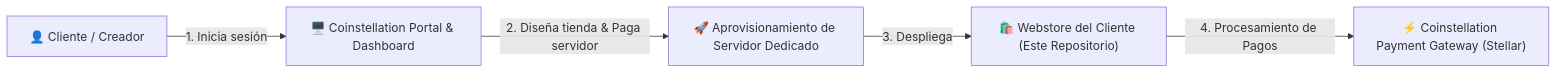
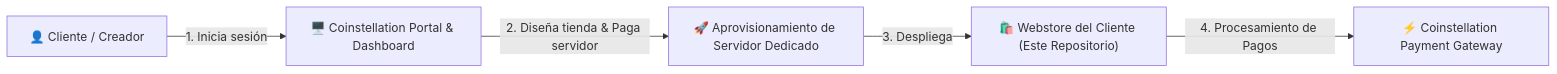
One commit to JaimeH-Q/coinstellation-webstore-example changed the first of 2 diagrams in README.md. Above: the diagram before and after it, drawn with Mermaid. The commit also changed other lines of this file and 3 other files, not shown here.

````diff
--- a/README.md
+++ b/README.md
@@ -29,7 +28,7 @@
 ```mermaid
 flowchart LR
     A["👤 Cliente / Creador"] -->|"1. Inicia sesión"| B["🖥️ Coinstellation Portal & Dashboard"]
     B -->|"2. Diseña tienda & Paga servidor"| C["🚀 Aprovisionamiento de Servidor Dedicado"]
     C -->|"3. Despliega"| D["🛍️ Webstore del Cliente (Este Repositorio)"]
-    D -->|"4. Procesamiento de Pagos"| E["⚡ Coinstellation Payment Gateway (Stellar)"]
+    D -->|"4. Procesamiento de Pagos"| E["⚡ Coinstellation Payment Gateway"]
 ```
````
